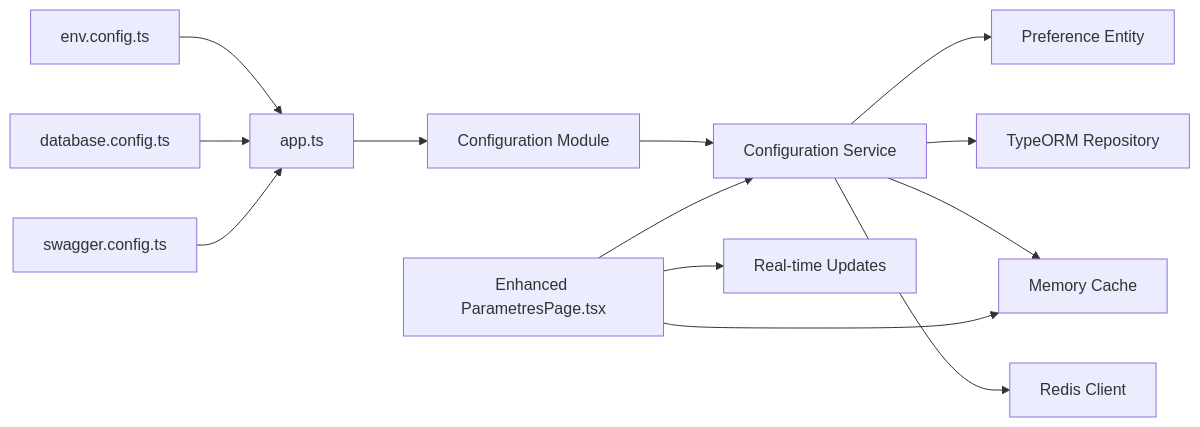
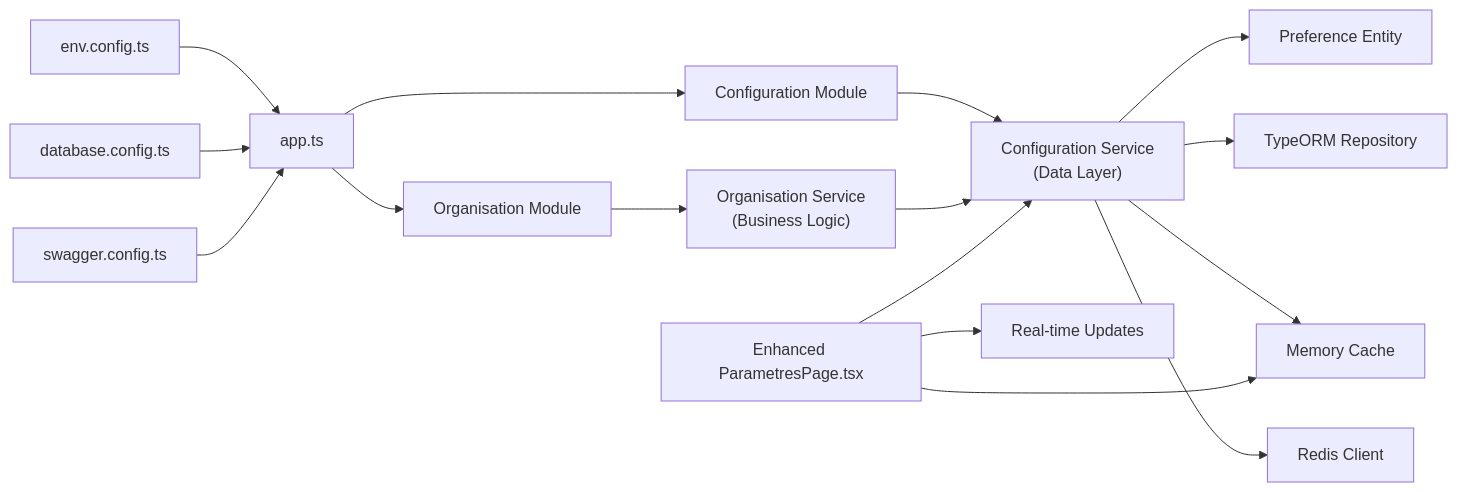
The fifth of 5 diagrams in .qoder/repowiki/en/content/System Architecture/Backend Architecture/Configuration & Environment Management.md (franckylab/eLISAschool), drawn with Mermaid before and after one commit. The commit also changed other lines of this file and 262 other files, not shown here.

First line of the commit message:
refactor(architecture): améliorer gestion distribuée de la configuration et délégation contrôleur

````diff
--- a/.qoder/repowiki/en/content/System Architecture/Backend Architecture/Configuration & Environment Management.md
+++ b/.qoder/repowiki/en/content/System Architecture/Backend Architecture/Configuration & Environment Management.md
@@ -391,15 +428,18 @@
 ```mermaid
 graph LR
 Env["env.config.ts"] --> App["app.ts"]
 DB["database.config.ts"] --> App
 SW["swagger.config.ts"] --> App
 App --> ConfMod["Configuration Module"]
-ConfMod --> Svc["Configuration Service"]
-Svc --> Pref["Preference Entity"]
-Svc --> Repo["TypeORM Repository"]
-Svc --> MemCache["Memory Cache"]
-Svc --> Redis["Redis Client"]
+App --> OrgMod["Organisation Module"]
+ConfMod --> ConfSvc["Configuration Service<br/>(Data Layer)"]
+OrgMod --> OrgSvc["Organisation Service<br/>(Business Logic)"]
+ConfSvc --> Pref["Preference Entity"]
+ConfSvc --> Repo["TypeORM Repository"]
+ConfSvc --> MemCache["Memory Cache"]
+ConfSvc --> Redis["Redis Client"]
+OrgSvc --> ConfSvc
 FE["Enhanced ParametresPage.tsx"] --> MemCache
-FE --> Svc
+FE --> ConfSvc
 FE --> RT["Real-time Updates"]
 ```
````
